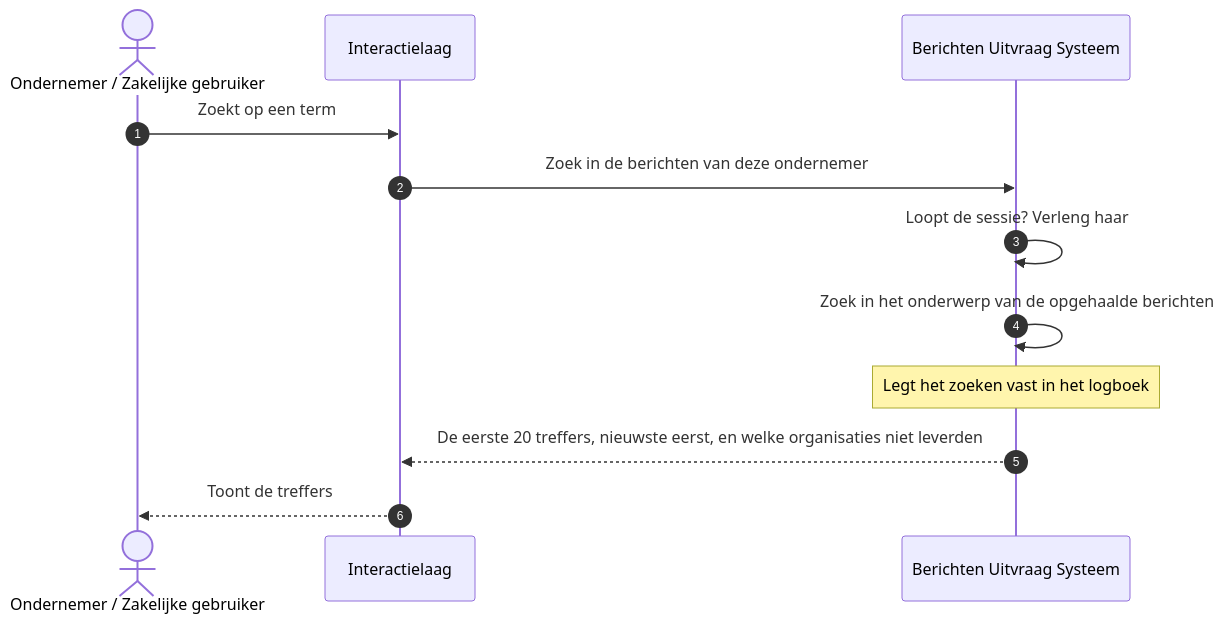
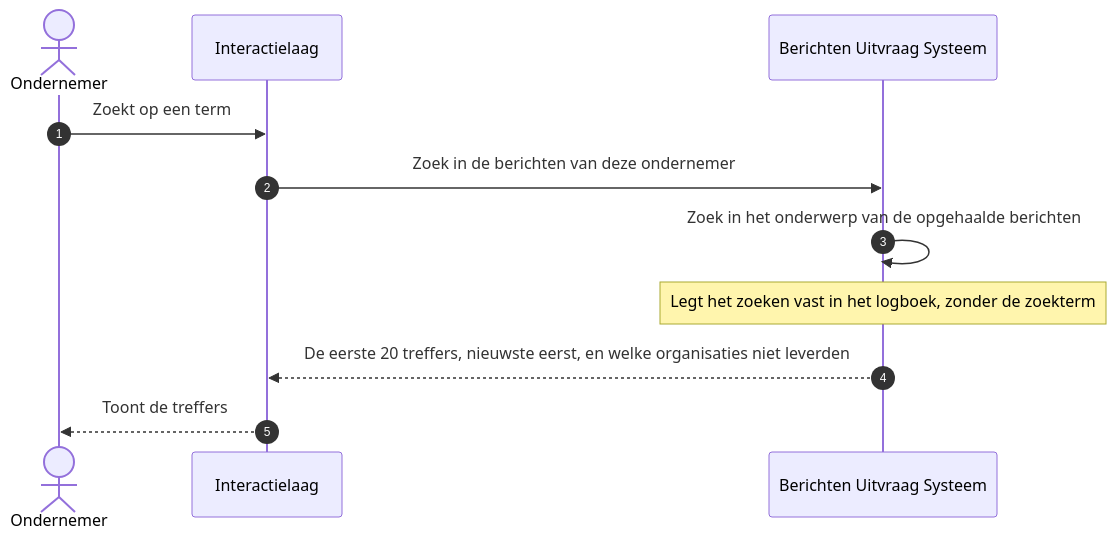
The diagram in docs/architecture/workspace-docs/08-uc4-zoeken.md (MinBZK/moza-poc-fbs-berichtenbox), drawn with Mermaid before and after one commit. The commit also changed other lines of this file and 15 other files, not shown here.

First line of the commit message:
docs(architectuur): use cases als eindresultaat, beheersituaties als use case 9-11

````diff
--- a/docs/architecture/workspace-docs/08-uc4-zoeken.md
+++ b/docs/architecture/workspace-docs/08-uc4-zoeken.md
@@ -31,15 +30,14 @@
 ```mermaid
 sequenceDiagram
     autonumber
-    actor OND as Ondernemer / Zakelijke gebruiker
+    actor OND as Ondernemer
     participant IL as Interactielaag
     participant FBS as Berichten Uitvraag Systeem
 
     OND->>IL: Zoekt op een term
     IL->>FBS: Zoek in de berichten van deze ondernemer
-    FBS->>FBS: Loopt de sessie? Verleng haar
     FBS->>FBS: Zoek in het onderwerp van de opgehaalde berichten
-    Note over FBS: Legt het zoeken vast in het logboek
+    Note over FBS: Legt het zoeken vast in het logboek, zonder de zoekterm
     FBS-->>IL: De eerste 20 treffers, nieuwste eerst, en welke organisaties niet leverden
     IL-->>OND: Toont de treffers
 ```
````
